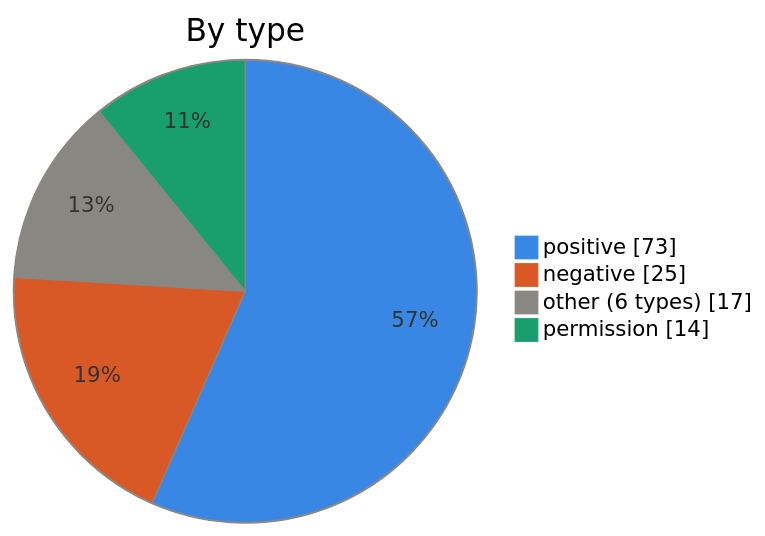
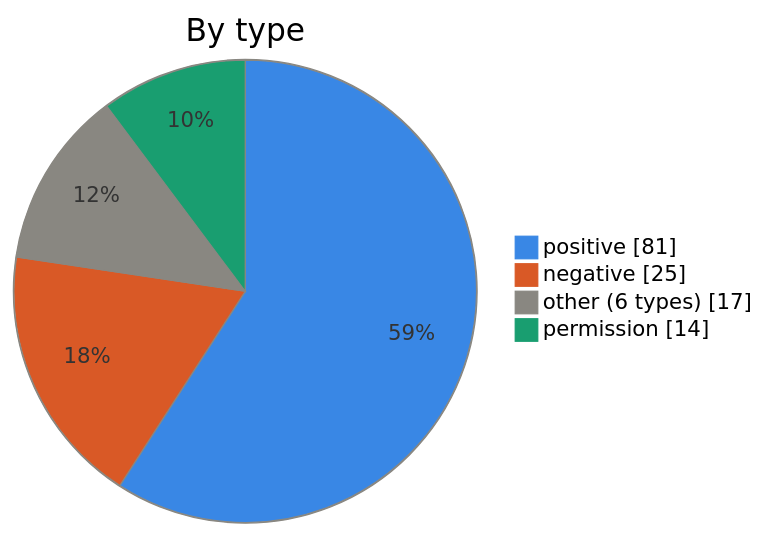
One commit to Top-Q/playwright-typescript changed the second of 4 diagrams in specs/product/vault/Dashboard.md. Above: the diagram before and after it, drawn with Mermaid. The commit also changed other lines of this file and 31 other files, not shown here.

````diff
--- a/specs/product/vault/Dashboard.md
+++ b/specs/product/vault/Dashboard.md
@@ -43,8 +44,8 @@
 ```mermaid
 %%{init: {"themeVariables":{"pie1":"#3987e5","pie2":"#d95926","pie3":"#898781","pie4":"#199e70","pieOpacity":"1","pieStrokeColor":"#898781","pieStrokeWidth":"1px","pieOuterStrokeColor":"#898781","pieOuterStrokeWidth":"1px"}}}%%
 pie showData title By type
-    "positive" : 73
+    "positive" : 81
     "negative" : 25
     "other (6 types)" : 17
     "permission" : 14
 ```
````
